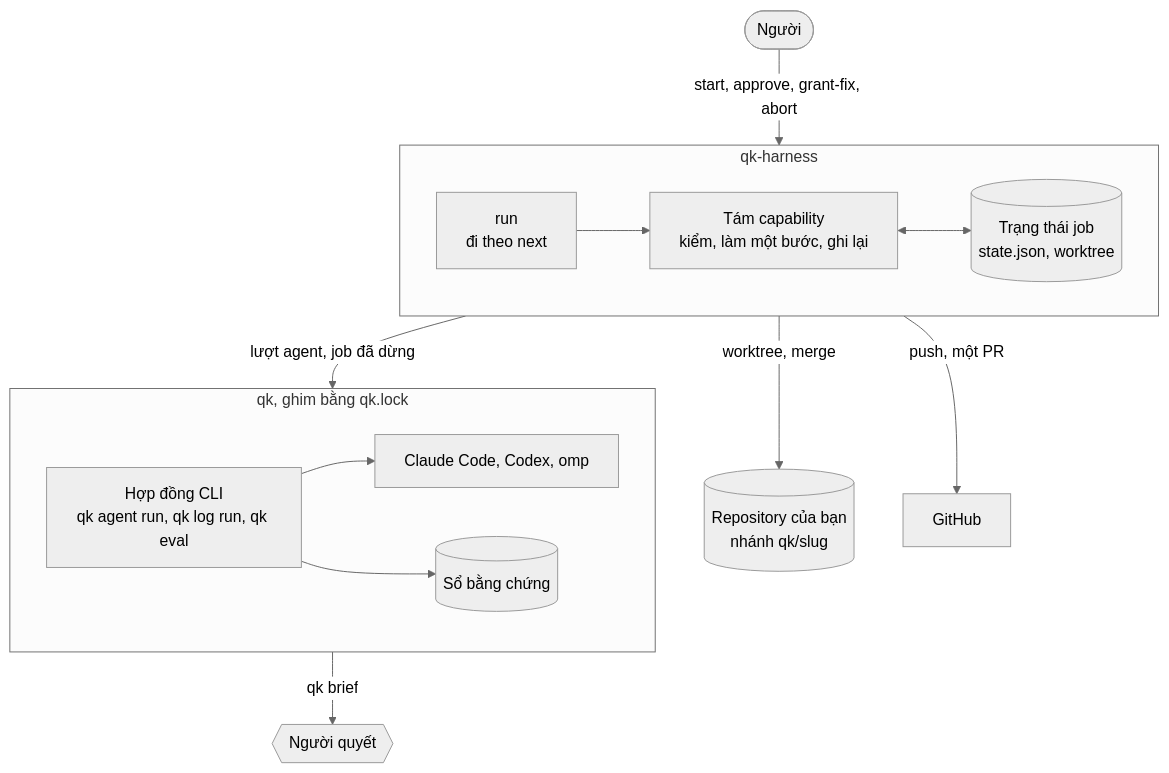
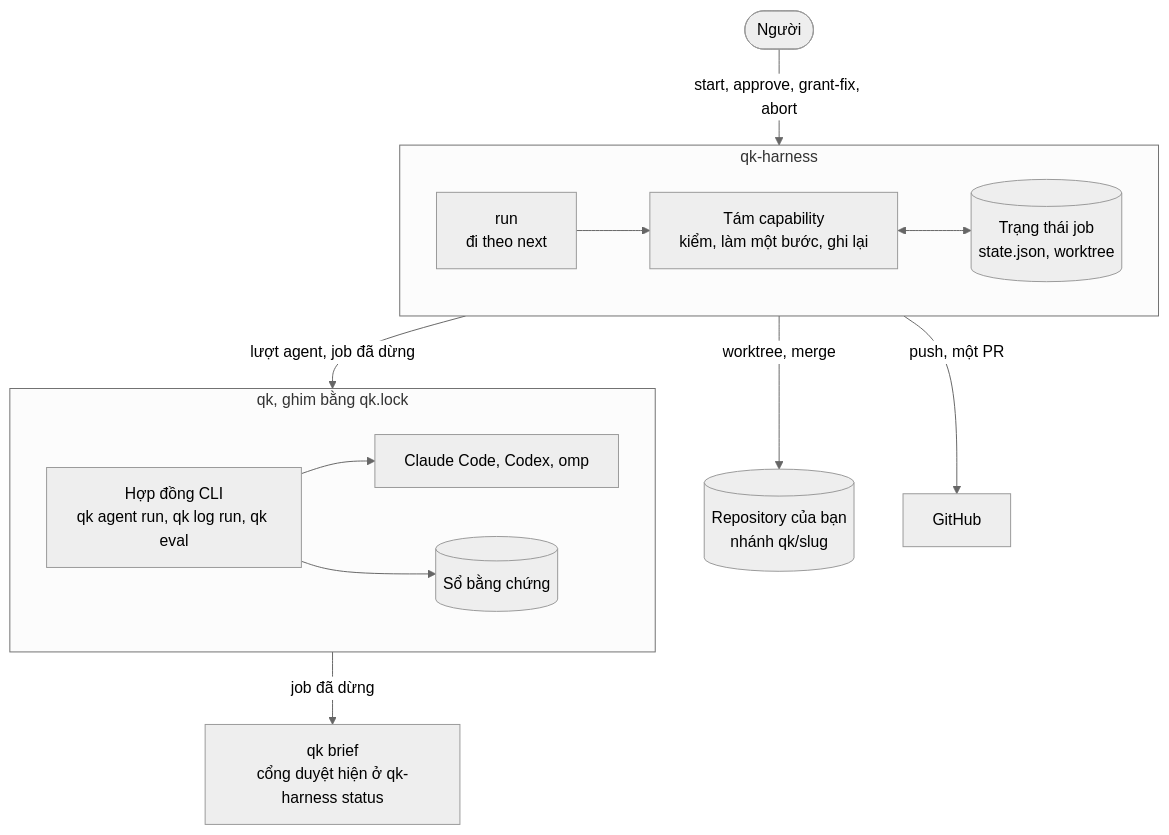
Before and after one commit to dakiquang/qk-harness: the diagram in docs/vi/guide.md, drawn with Mermaid (neutral theme). The commit also changed 3 other files, not shown here.

First line of the commit message:
docs: show the contract revision, task fix rounds and gates in the diagrams

````diff
--- a/docs/vi/guide.md
+++ b/docs/vi/guide.md
@@ -14,18 +14,18 @@
 ```mermaid
 flowchart TB
     person(["Người"]) -- "start, approve, grant-fix, abort" --> harness
     subgraph harness ["qk-harness"]
         direction LR
         coord["run<br/>đi theo next"] --> caps["Tám capability<br/>kiểm, làm một bước, ghi lại"]
         caps <--> state[("Trạng thái job<br/>state.json, worktree")]
     end
     harness -- "lượt agent, job đã dừng" --> qk
     harness -- "worktree, merge" --> repo[("Repository của bạn<br/>nhánh qk/slug")]
     harness -- "push, một PR" --> github["GitHub"]
     subgraph qk ["qk, ghim bằng qk.lock"]
         direction LR
         cli["Hợp đồng CLI<br/>qk agent run, qk log run, qk eval"] --> runtimes["Claude Code, Codex, omp"]
         cli --> ledger[("Sổ bằng chứng")]
     end
-    qk -- "qk brief" --> decide{{"Người quyết"}}
+    qk -- "job đã dừng" --> brief["qk brief<br/>cổng duyệt hiện ở qk-harness status"]
 ```
````
